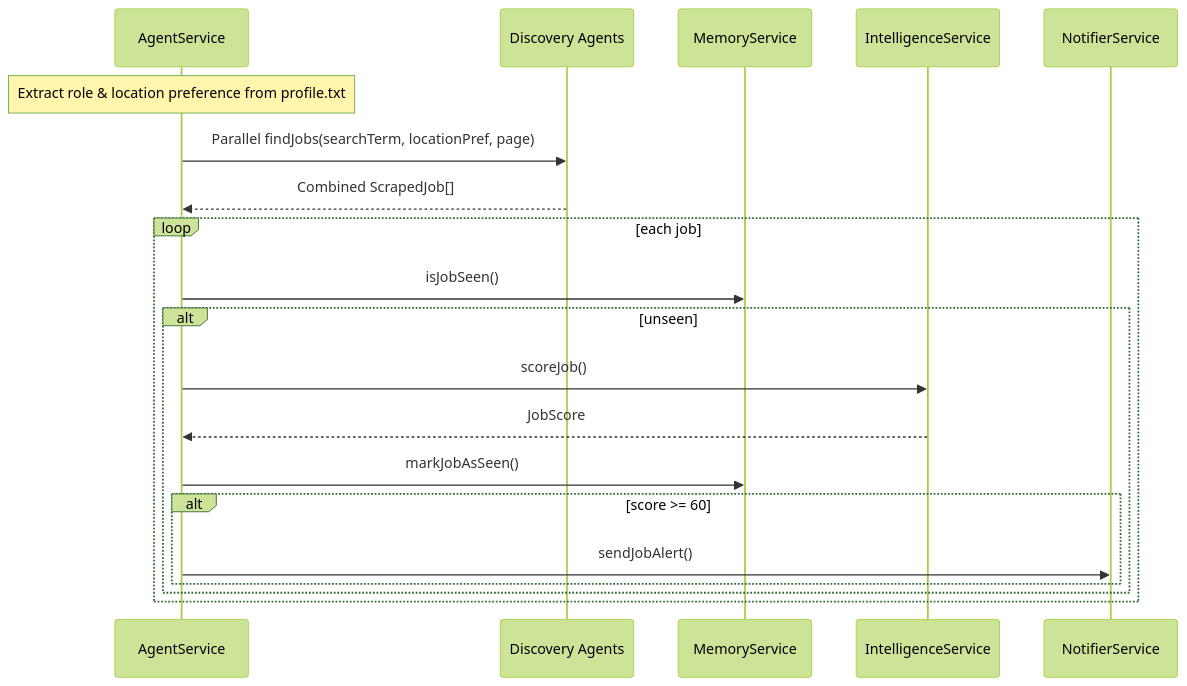
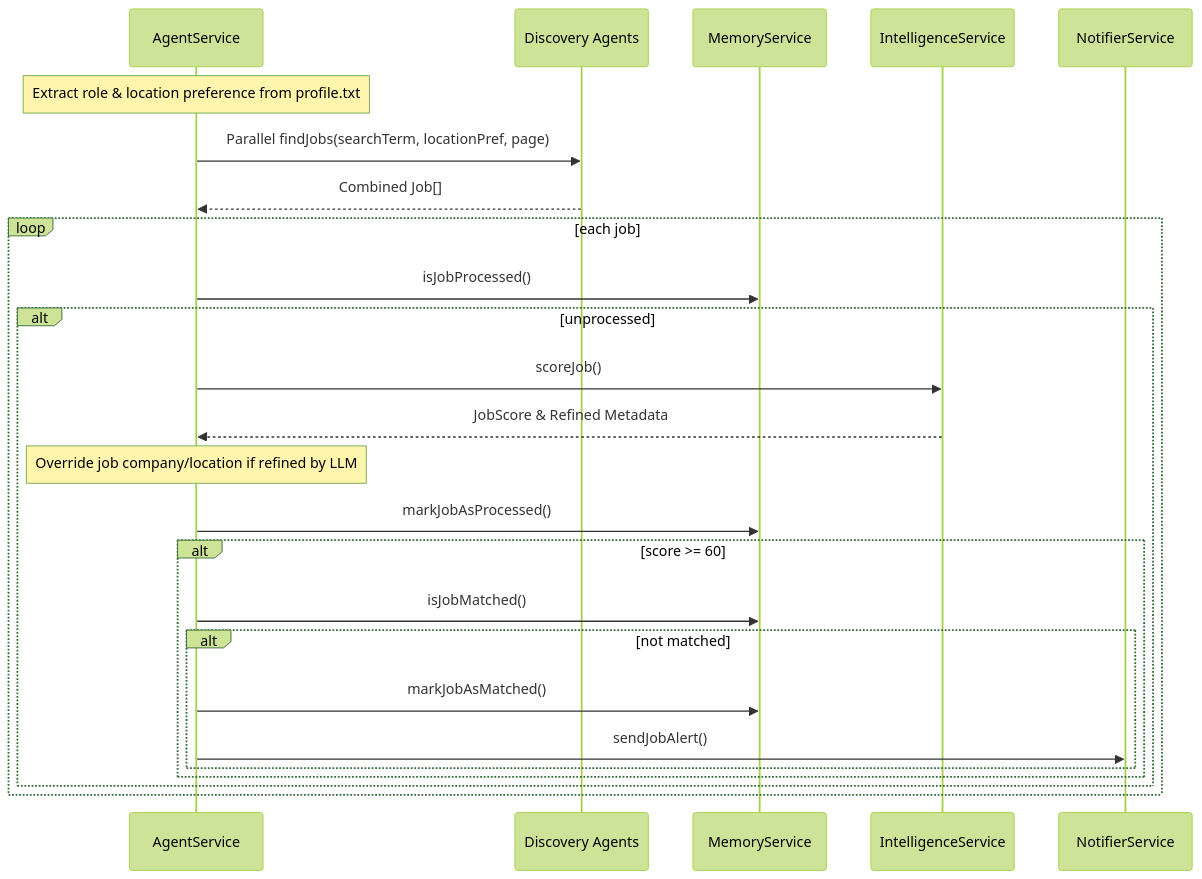
Before and after one commit to supersparton/CareerAtlas: the diagram in wiki/entities/core-modules.md, drawn with Mermaid (forest theme). The commit also changed other lines of this file and 24 other files, not shown here.

````diff
--- a/wiki/entities/core-modules.md
+++ b/wiki/entities/core-modules.md
@@ -26,23 +26,28 @@
 ```mermaid
 sequenceDiagram
     participant Agent as AgentService
     participant Discovery as Discovery Agents
     participant Memory as MemoryService
     participant Intelligence as IntelligenceService
     participant Notifier as NotifierService
 
     Note over Agent: Extract role & location preference from profile.txt
     Agent->>Discovery: Parallel findJobs(searchTerm, locationPref, page)
-    Discovery-->>Agent: Combined ScrapedJob[]
+    Discovery-->>Agent: Combined Job[]
     loop each job
-        Agent->>Memory: isJobSeen()
-        alt unseen
+        Agent->>Memory: isJobProcessed()
+        alt unprocessed
             Agent->>Intelligence: scoreJob()
-            Intelligence-->>Agent: JobScore
-            Agent->>Memory: markJobAsSeen()
+            Intelligence-->>Agent: JobScore & Refined Metadata
+            Note over Agent: Override job company/location if refined by LLM
+            Agent->>Memory: markJobAsProcessed()
             alt score >= 60
-                Agent->>Notifier: sendJobAlert()
+                Agent->>Memory: isJobMatched()
+                alt not matched
+                    Agent->>Memory: markJobAsMatched()
+                    Agent->>Notifier: sendJobAlert()
+                end
             end
         end
     end
 ```
````
